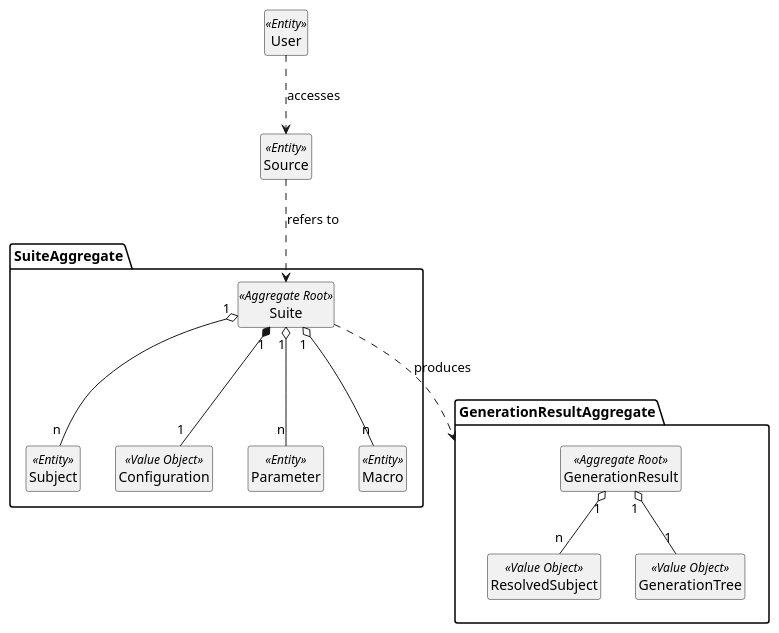
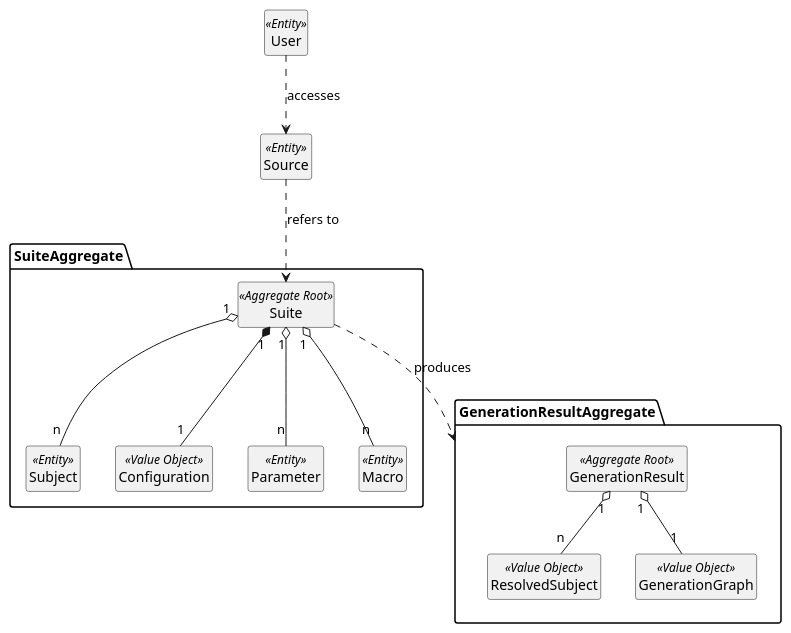
Before and after one commit to mini-roostico/subjekt-doc: the third of 8 diagrams in Writerside/topics/Domain-Driven-Design.md, drawn with PlantUML. The commit also changed other lines of this file and 1 other file, not shown here.

Commit message:
feat: added class diagrams in Domain-Driven-Design.md

````diff
--- a/Writerside/topics/Domain-Driven-Design.md
+++ b/Writerside/topics/Domain-Driven-Design.md
@@ -198,43 +211,42 @@
 ```plantuml
 @startuml
 hide empty members
 hide <<Entity>> circle
 hide <<Value Object>> circle
 hide <<Factory>> circle
 hide <<Service>> circle
 hide <<Domain Event>> circle
 hide <<Aggregate Root>> circle
 hide <<Repository>> circle
 
 package SuiteAggregate  {
     class Suite <<Aggregate Root>>
 
     Suite "1" o-- "n" Subject
     Suite "1" *-- "1" Configuration
     Suite "1" o-- "n" Parameter
     Suite "1" o-- "n" Macro
 
     class Subject <<Entity>>
     class Configuration <<Value Object>>
     class Parameter <<Entity>>
     class Macro <<Entity>>
 }
 
 class sourceSubjekt as "Source" <<Entity>>
 class User <<Entity>>
 
 sourceSubjekt ..> Suite : "refers to"
 Suite ..> GenerationResultAggregate : "produces"
 
 User ..> sourceSubjekt : "accesses"
 
 package GenerationResultAggregate {
     class GenerationResult <<Aggregate Root>>
     class ResolvedSubject <<Value Object>>
-    class GenerationTree <<Value Object>>
+    class GenerationGraph <<Value Object>>
     
     GenerationResult "1" o-- "n" ResolvedSubject
-    GenerationResult "1" o-- "1" GenerationTree
-}
+    GenerationResult "1" o-- "1" GenerationGraph
 @enduml
 ```
````
